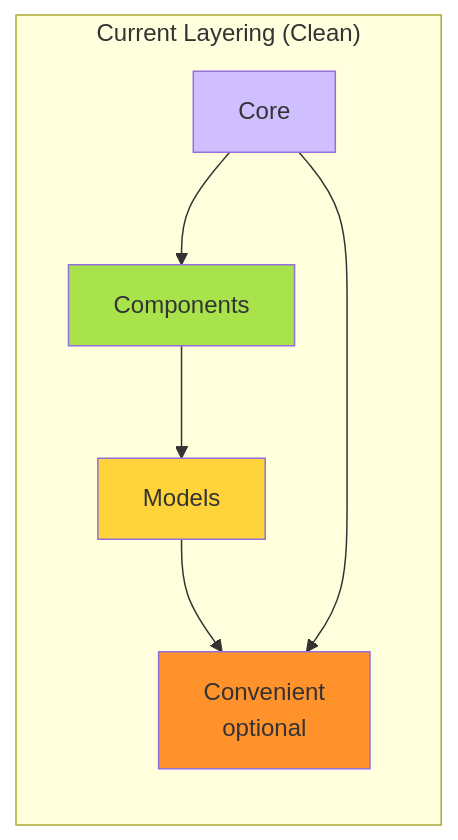
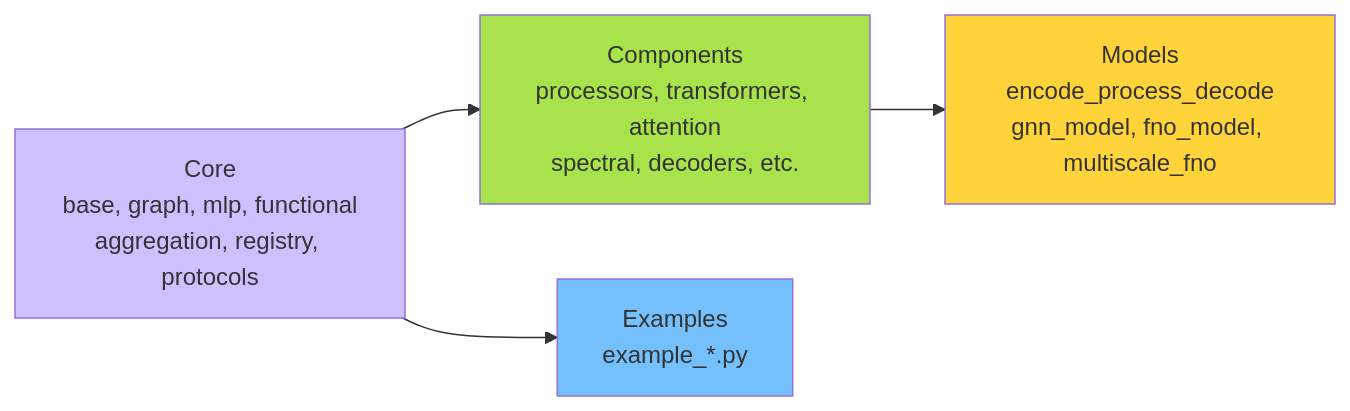
The second of 3 diagrams in docs/architecture-dependencies.md (algorithmx/gnn_pde_v2), drawn with Mermaid before and after one commit. The commit also changed other lines of this file and 2 other files, not shown here.

````diff
--- a/docs/architecture-dependencies.md
+++ b/docs/architecture-dependencies.md
@@ -144,14 +170,12 @@
 ```mermaid
 graph LR
-    subgraph "Current Layering (Clean)"
-        direction TB
-        C1[Core] --> C2[Components] --> C3[Models]
-        C3 --> C4[Convenient<br/>optional]
-        C1 --> C4
-    end
+    direction TB
+    C1[Core<br/>base, graph, mlp, functional<br/>aggregation, registry, protocols] --> C2[Components<br/>processors, transformers, attention<br/>spectral, decoders, etc.]
+    C2 --> C3[Models<br/>encode_process_decode<br/>gnn_model, fno_model, multiscale_fno]
+    C1 --> C4[Examples<br/>example_*.py]
 
     style C1 fill:#d0bfff
     style C2 fill:#a9e34b
     style C3 fill:#ffd43b
-    style C4 fill:#ff922b
+    style C4 fill:#74c0fc
 ```
````
